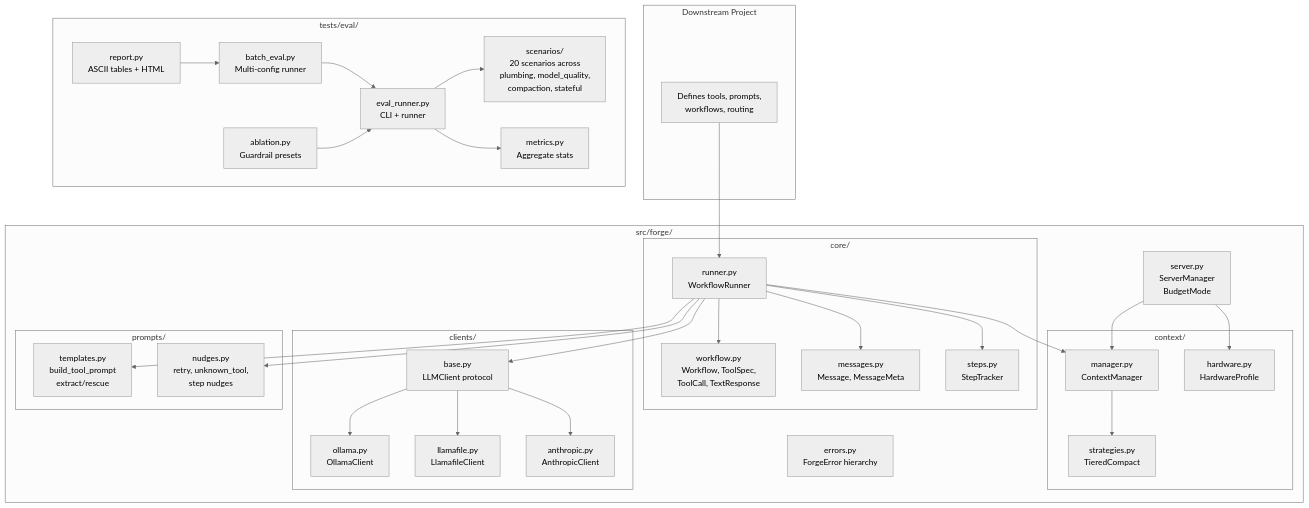
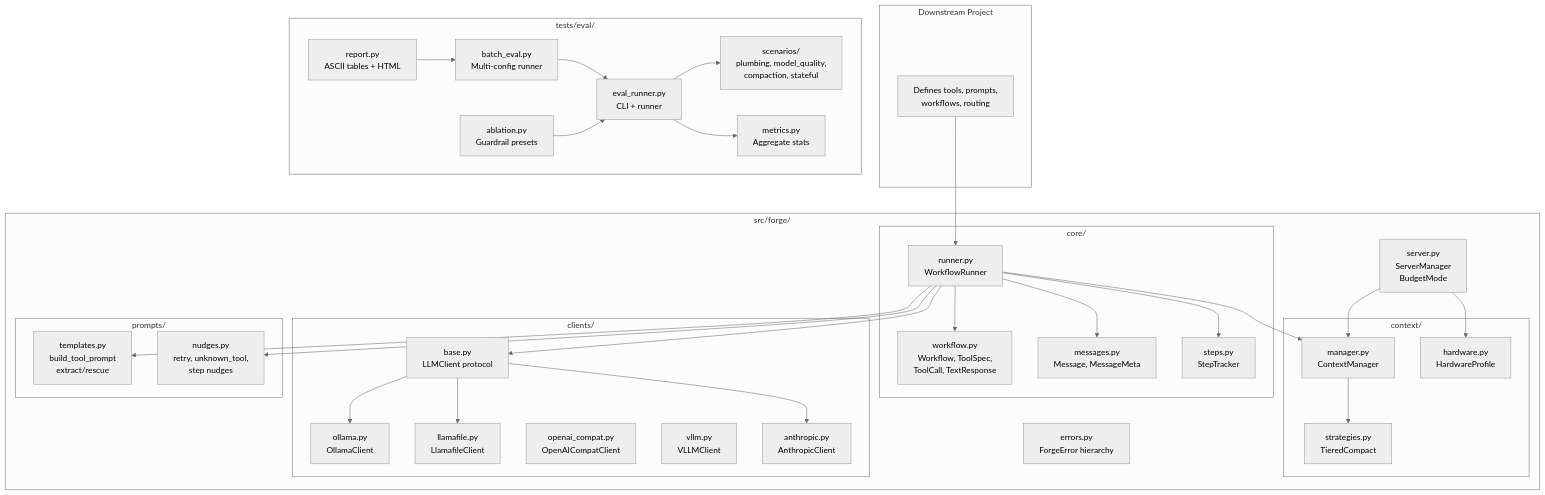
Before and after one commit to antoinezambelli/forge: the seventh of 7 diagrams in docs/WORKFLOW.md, drawn with Mermaid (neutral theme). The commit also changed other lines of this file and 71 other files, not shown here.

````diff
--- a/docs/WORKFLOW.md
+++ b/docs/WORKFLOW.md
@@ -352,65 +377,67 @@
 ```mermaid
 flowchart TB
     subgraph downstream["Downstream Project"]
         APP["Defines tools, prompts,<br/>workflows, routing"]
     end
 
     subgraph forge["src/forge/"]
         subgraph core["core/"]
             RUNNER["runner.py<br/>WorkflowRunner"]
             WORKFLOW["workflow.py<br/>Workflow, ToolSpec,<br/>ToolCall, TextResponse"]
             MESSAGES["messages.py<br/>Message, MessageMeta"]
             STEPTRACK["steps.py<br/>StepTracker"]
         end
 
         subgraph context["context/"]
             CTX_MGR["manager.py<br/>ContextManager"]
             STRATS["strategies.py<br/>TieredCompact"]
             HW["hardware.py<br/>HardwareProfile"]
         end
 
         subgraph clients["clients/"]
             BASE["base.py<br/>LLMClient protocol"]
             OLLAMA["ollama.py<br/>OllamaClient"]
             LLAMAFILE["llamafile.py<br/>LlamafileClient"]
+            OPENAI_COMPAT["openai_compat.py<br/>OpenAICompatClient"]
+            VLLM["vllm.py<br/>VLLMClient"]
             ANTHROPIC["anthropic.py<br/>AnthropicClient"]
         end
 
         subgraph prompts["prompts/"]
             TEMPLATES["templates.py<br/>build_tool_prompt<br/>extract/rescue"]
             NUDGES["nudges.py<br/>retry, unknown_tool,<br/>step nudges"]
         end
 
         SERVER["server.py<br/>ServerManager<br/>BudgetMode"]
         ERRORS["errors.py<br/>ForgeError hierarchy"]
     end
 
     subgraph eval["tests/eval/"]
-        SCENARIOS["scenarios/<br/>20 scenarios across<br/>plumbing, model_quality,<br/>compaction, stateful"]
+        SCENARIOS["scenarios/<br/>plumbing, model_quality,<br/>compaction, stateful"]
         EVAL_RUN["eval_runner.py<br/>CLI + runner"]
         METRICS["metrics.py<br/>Aggregate stats"]
         BATCH["batch_eval.py<br/>Multi-config runner"]
         REPORT["report.py<br/>ASCII tables + HTML"]
         ABLATION["ablation.py<br/>Guardrail presets"]
     end
 
     APP --> RUNNER
     RUNNER --> WORKFLOW
     RUNNER --> MESSAGES
     RUNNER --> STEPTRACK
     RUNNER --> CTX_MGR
     RUNNER --> BASE
     RUNNER --> NUDGES
     RUNNER --> TEMPLATES
     CTX_MGR --> STRATS
     SERVER --> HW
     SERVER --> CTX_MGR
     BASE --> OLLAMA
     BASE --> LLAMAFILE
     BASE --> ANTHROPIC
     EVAL_RUN --> SCENARIOS
     EVAL_RUN --> METRICS
     BATCH --> EVAL_RUN
     REPORT --> BATCH
     ABLATION --> EVAL_RUN
 ```
````
